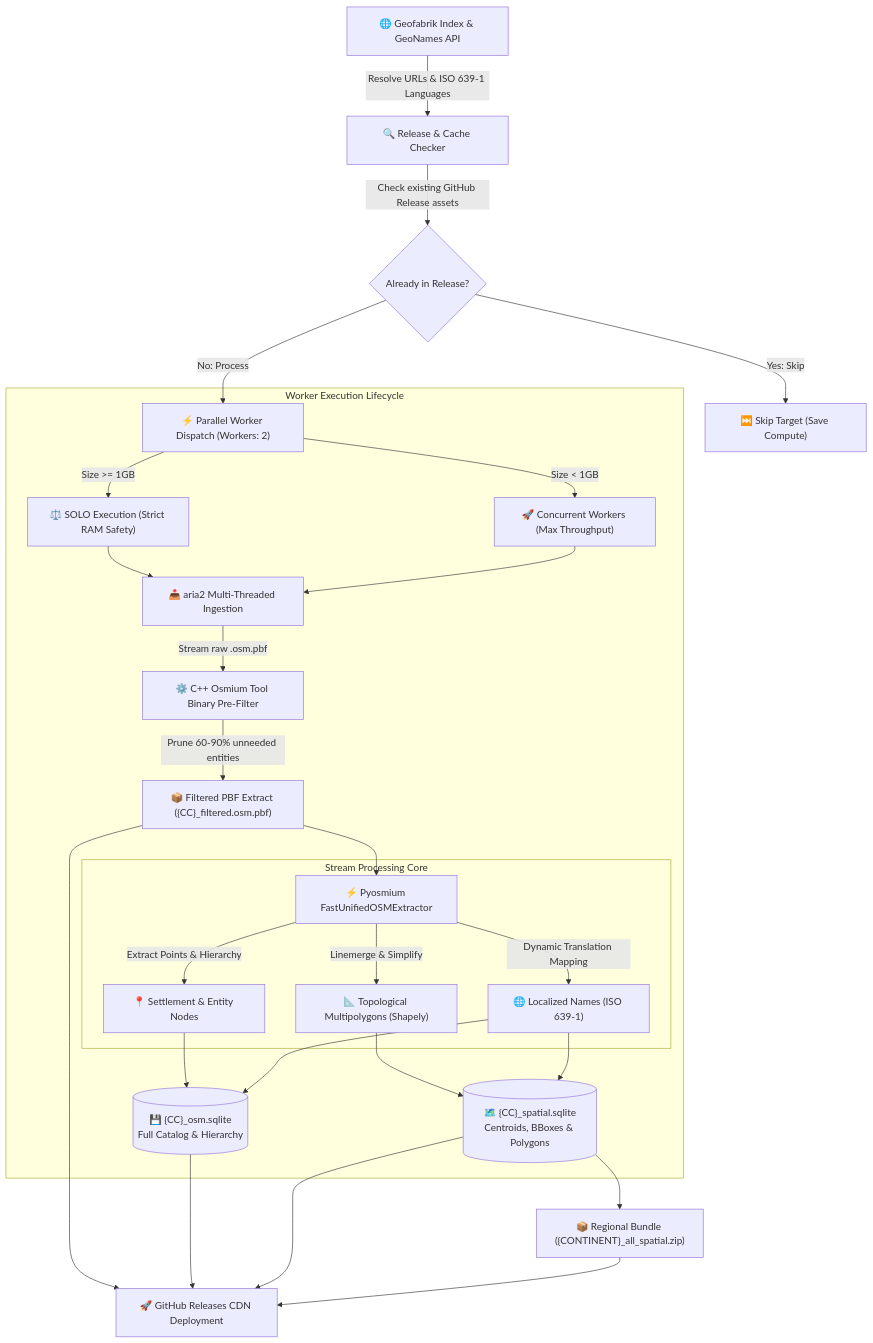
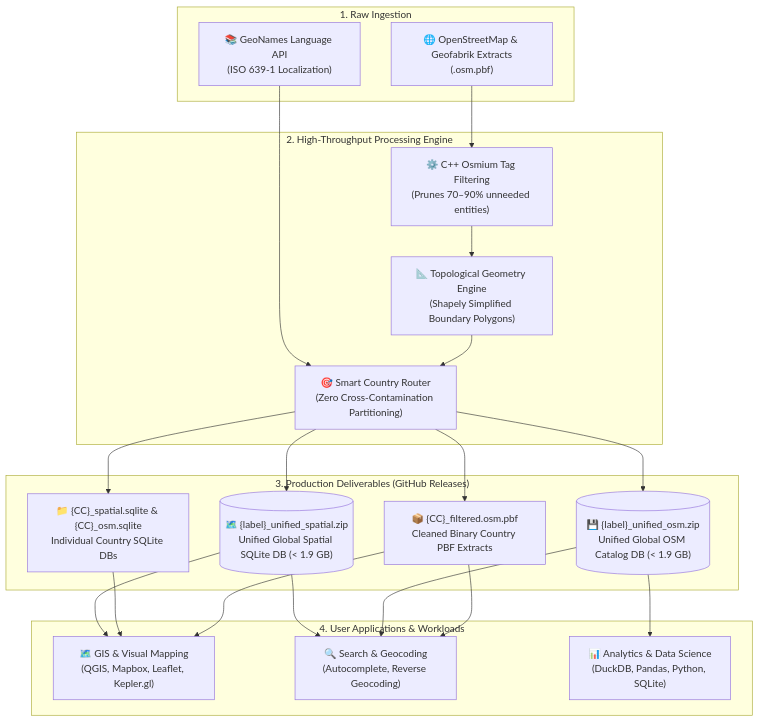
The diagram in README.md (vkk5880/osm-geospatial-engine), drawn with Mermaid before and after one commit. The commit also changed other lines of this file and 1 other file, not shown here.

Commit message:
docs: user-centric architecture, direct download URLs, and download.py utility

````diff
--- a/README.md
+++ b/README.md
@@ -42,34 +42,42 @@
 ```mermaid
 flowchart TD
-    A["🌐 Geofabrik Index & GeoNames API"] -->|Resolve URLs & ISO 639-1 Languages| B["🔍 Release & Cache Checker"]
-    B -->|Check existing GitHub Release assets| C{"Already in Release?"}
-    C -->|Yes: Skip| D["⏭️ Skip Target (Save Compute)"]
-    C -->|No: Process| E["⚡ Parallel Worker Dispatch (Workers: 2)"]
-    
-    subgraph "Worker Execution Lifecycle"
-        E -->|Size >= 1GB| F1["⚖️ SOLO Execution (Strict RAM Safety)"]
-        E -->|Size < 1GB| F2["🚀 Concurrent Workers (Max Throughput)"]
-        F1 --> G["📥 aria2 Multi-Threaded Ingestion"]
-        F2 --> G
-        G -->|Stream raw .osm.pbf| H["⚙️ C++ Osmium Tool Binary Pre-Filter"]
-        H -->|Prune 60-90% unneeded entities| I["📦 Filtered PBF Extract ({CC}_filtered.osm.pbf)"]
-        I --> J["⚡ Pyosmium FastUnifiedOSMExtractor"]
-        
-        subgraph "Stream Processing Core"
-            J -->|Extract Points & Hierarchy| K["📍 Settlement & Entity Nodes"]
-            J -->|Linemerge & Simplify| L["📐 Topological Multipolygons (Shapely)"]
-            J -->|Dynamic Translation Mapping| M["🌐 Localized Names (ISO 639-1)"]
-        end
-        
-        K --> N[("💾 {CC}_osm.sqlite\nFull Catalog & Hierarchy")]
-        L --> O[("🗺️ {CC}_spatial.sqlite\nCentroids, BBoxes & Polygons")]
-        M --> N
-        M --> O
+    subgraph S1["1. Raw Ingestion"]
+        A["🌐 OpenStreetMap & Geofabrik Extracts\n(.osm.pbf)"]
+        B["📚 GeoNames Language API\n(ISO 639-1 Localization)"]
     end
-    
-    I --> P["🚀 GitHub Releases CDN Deployment"]
-    N --> P
-    O --> P
-    O --> Q["📦 Regional Bundle ({CONTINENT}_all_spatial.zip)"]
-    Q --> P
+
+    subgraph S2["2. High-Throughput Processing Engine"]
+        C["⚙️ C++ Osmium Tag Filtering\n(Prunes 70–90% unneeded entities)"]
+        D["📐 Topological Geometry Engine\n(Shapely Simplified Boundary Polygons)"]
+        E["🎯 Smart Country Router\n(Zero Cross-Contamination Partitioning)"]
+    end
+
+    subgraph S3["3. Production Deliverables (GitHub Releases)"]
+        F1[("🗺️ {label}_unified_spatial.zip\nUnified Global Spatial SQLite DB (< 1.9 GB)")]
+        F2[("💾 {label}_unified_osm.zip\nUnified Global OSM Catalog DB (< 1.9 GB)")]
+        F3["📁 {CC}_spatial.sqlite & {CC}_osm.sqlite\nIndividual Country SQLite DBs"]
+        F4["📦 {CC}_filtered.osm.pbf\nCleaned Binary Country PBF Extracts"]
+    end
+
+    subgraph S4["4. User Applications & Workloads"]
+        G1["🗺️ GIS & Visual Mapping\n(QGIS, Mapbox, Leaflet, Kepler.gl)"]
+        G2["🔍 Search & Geocoding\n(Autocomplete, Reverse Geocoding)"]
+        G3["📊 Analytics & Data Science\n(DuckDB, Pandas, Python, SQLite)"]
+    end
+
+    A --> C
+    B --> E
+    C --> D
+    D --> E
+    E --> F1
+    E --> F2
+    E --> F3
+    E --> F4
+    F1 --> G1
+    F1 --> G2
+    F2 --> G2
+    F2 --> G3
+    F3 --> G1
+    F4 --> G1
+    F4 --> G2
 ```
````
